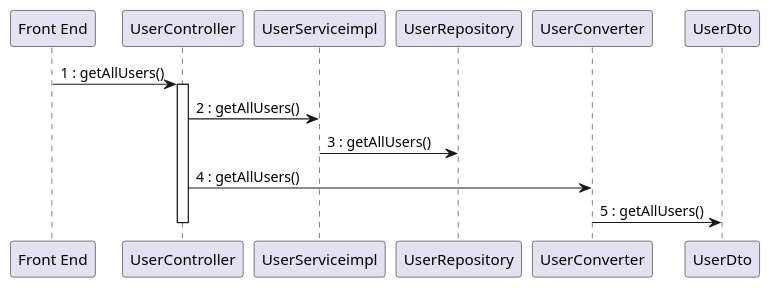
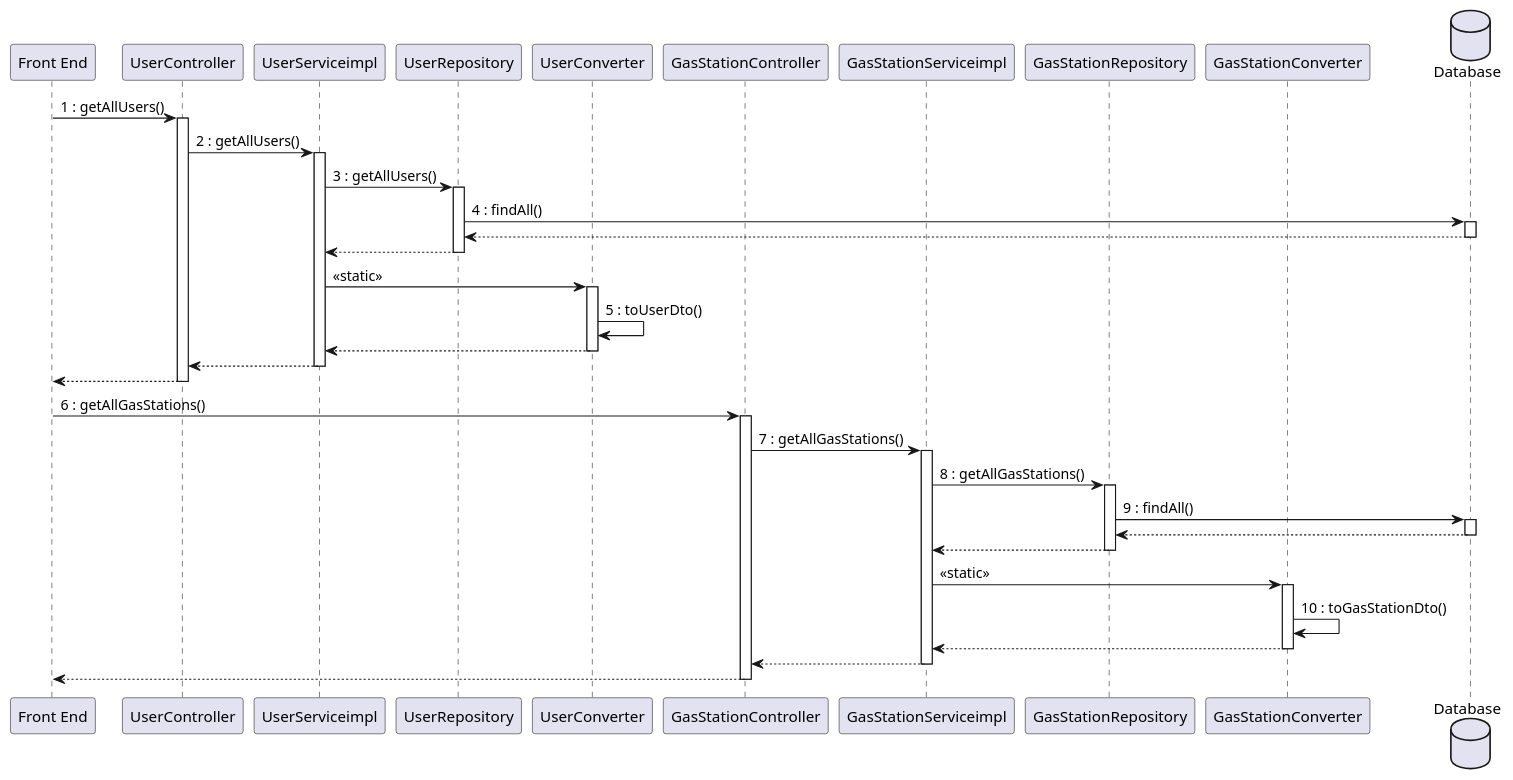
One commit to mosTavassoli/ezgas changed diagram 13 of 15 in docs/DesignDocument.md. Above: the diagram before and after it, drawn with PlantUML. The commit also changed other lines of this file, not shown here.

Commit message:
docs(DesignDocument): edit sequence diagrams

````diff
--- a/docs/DesignDocument.md
+++ b/docs/DesignDocument.md
@@ -692,11 +798,36 @@
 ```plantuml
-
+database Database order 30
 "Front End" -> UserController:1 : getAllUsers()
 activate UserController
 UserController -> UserServiceimpl:2 : getAllUsers()
+activate UserServiceimpl
 UserServiceimpl -> UserRepository:3 : getAllUsers()
-UserController -> UserConverter:4 : getAllUsers()
-UserConverter -> UserDto:5 : getAllUsers()
-deactivate UserController
+activate UserRepository
+UserRepository -> Database:4 : findAll()
+activate Database
+return
+return
+UserServiceimpl -> UserConverter:<<static>>
+activate UserConverter
+UserConverter -> UserConverter:5 : toUserDto()
+return
+return
+return
 
+"Front End" -> GasStationController:6 : getAllGasStations()
+activate GasStationController
+GasStationController -> GasStationServiceimpl:7 : getAllGasStations()
+activate GasStationServiceimpl
+GasStationServiceimpl -> GasStationRepository:8 : getAllGasStations()
+activate GasStationRepository
+GasStationRepository -> Database:9 : findAll()
+activate Database
+return
+return
+GasStationServiceimpl -> GasStationConverter:<<static>>
+activate GasStationConverter
+GasStationConverter -> GasStationConverter:10 : toGasStationDto()
+return
+return
+return
 ```
````
